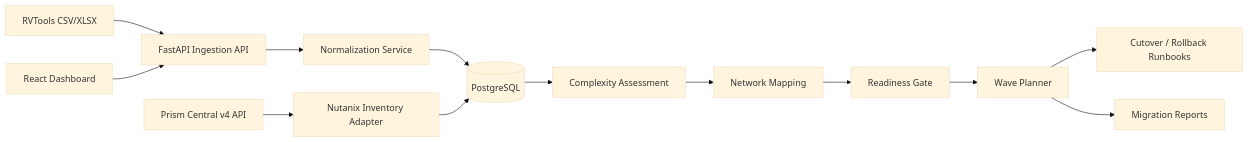
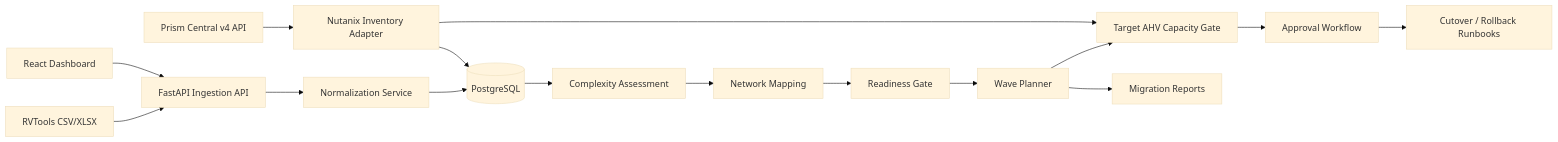
The diagram in README.md (AbdullahGhani1/nutanix-migration-factory), drawn with Mermaid (base theme) before and after one commit. The commit also changed other lines of this file, not shown here.

Commit message:
docs: document capacity and approval workflows

````diff
--- a/README.md
+++ b/README.md
@@ -40,15 +45,18 @@
 ```mermaid
 flowchart LR
     A[RVTools CSV/XLSX] --> B[FastAPI Ingestion API]
     B --> C[Normalization Service]
     C --> D[(PostgreSQL)]
     D --> E[Complexity Assessment]
     E --> F[Network Mapping]
     F --> G[Readiness Gate]
     G --> H[Wave Planner]
-    H --> I[Cutover / Rollback Runbooks]
-    H --> J[Migration Reports]
-    K[Prism Central v4 API] --> L[Nutanix Inventory Adapter]
-    L --> D
-    M[React Dashboard] --> B
+    H --> I[Target AHV Capacity Gate]
+    I --> J[Approval Workflow]
+    J --> K[Cutover / Rollback Runbooks]
+    H --> L[Migration Reports]
+    M[Prism Central v4 API] --> N[Nutanix Inventory Adapter]
+    N --> D
+    N --> I
+    O[React Dashboard] --> B
 ```
````
